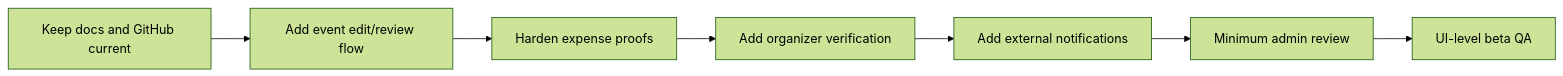
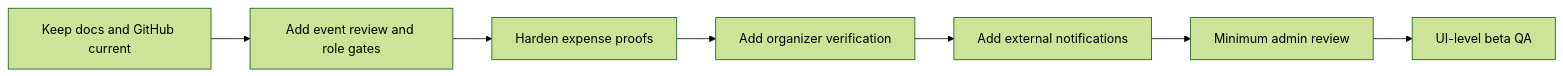
One commit to moirakk/GatherUp changed the fourth of 4 diagrams in docs/project-architecture-brief-v0.1.md. Above: the diagram before and after it, drawn with Mermaid (forest theme). The commit also changed other lines of this file and 7 other files, not shown here.

````diff
--- a/docs/project-architecture-brief-v0.1.md
+++ b/docs/project-architecture-brief-v0.1.md
@@ -239,9 +239,9 @@
 ```mermaid
 flowchart LR
-  A["Keep docs and GitHub current"] --> B["Add event edit/review flow"]
+  A["Keep docs and GitHub current"] --> B["Add event review and role gates"]
   B --> C["Harden expense proofs"]
   C --> D["Add organizer verification"]
   D --> E["Add external notifications"]
   E --> F["Minimum admin review"]
   F --> G["UI-level beta QA"]
 ```
````
